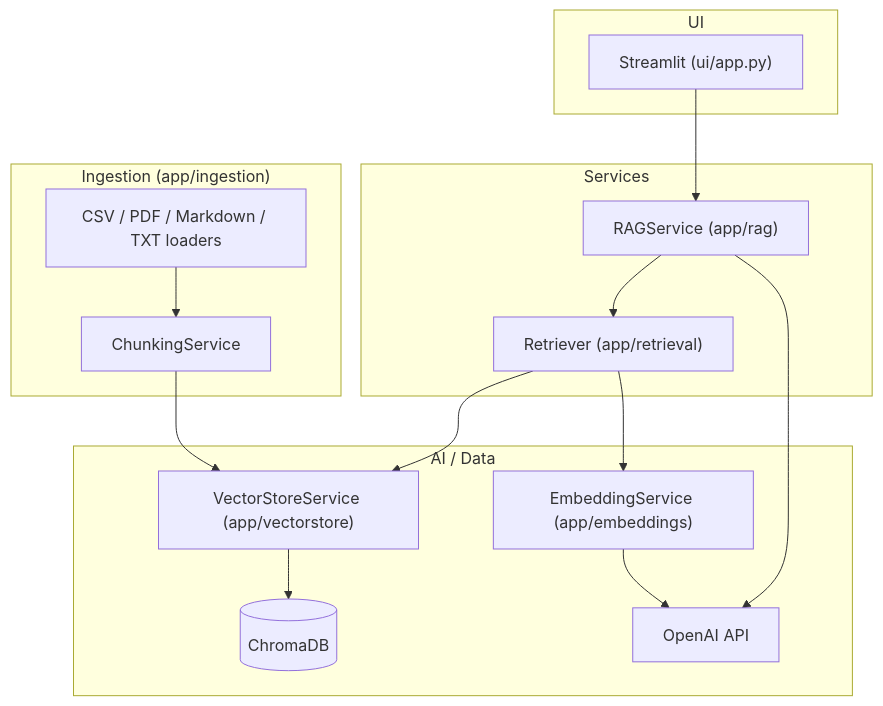
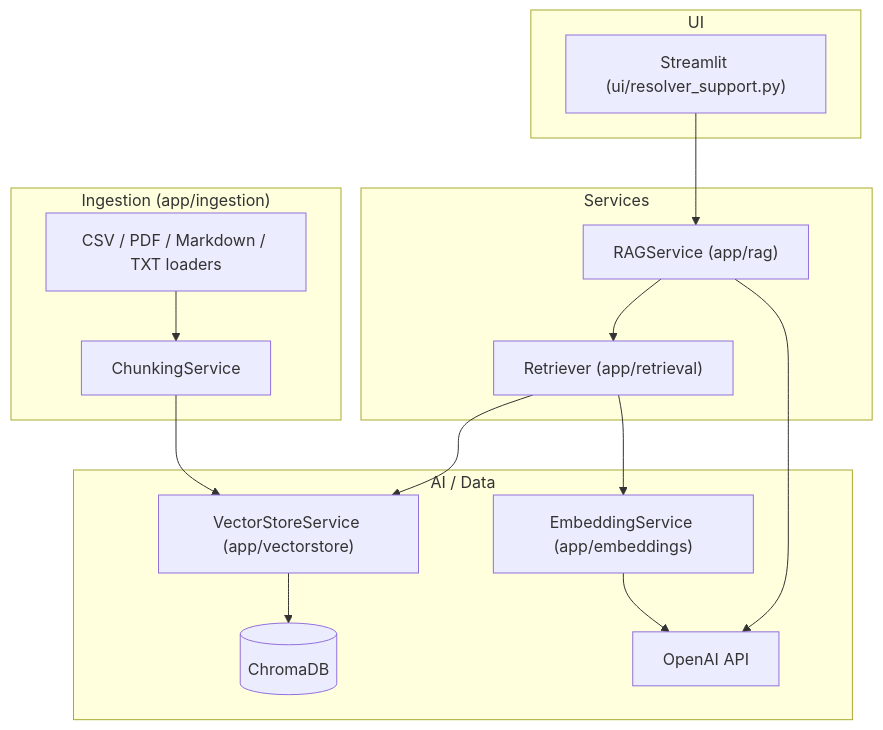
Before and after one commit to bee-honey/ai-support-ticket-resolver: the first of 4 diagrams in README.md, drawn with Mermaid. The commit also changed other lines of this file and 5 other files, not shown here.

````diff
--- a/README.md
+++ b/README.md
@@ -62,29 +62,29 @@
 ```mermaid
 flowchart TD
     subgraph UI_Layer["UI"]
-        ST["Streamlit (ui/app.py)"]
+        ST["Streamlit (ui/resolver_support.py)"]
     end
     subgraph Service_Layer["Services"]
         RAGSvc["RAGService (app/rag)"]
         RetrieverSvc["Retriever (app/retrieval)"]
     end
     subgraph AI_Layer["AI / Data"]
         EmbSvc["EmbeddingService (app/embeddings)"]
         VSSvc["VectorStoreService (app/vectorstore)"]
         Chroma[("ChromaDB")]
         OpenAI["OpenAI API"]
     end
     subgraph Ingestion_Layer["Ingestion (app/ingestion)"]
         Loaders["CSV / PDF / Markdown / TXT loaders"]
         Chunker["ChunkingService"]
     end
 
     ST --> RAGSvc
     RAGSvc --> RetrieverSvc
     RAGSvc --> OpenAI
     RetrieverSvc --> VSSvc
     RetrieverSvc --> EmbSvc
     EmbSvc --> OpenAI
     VSSvc --> Chroma
     Loaders --> Chunker --> VSSvc
 ```
````
